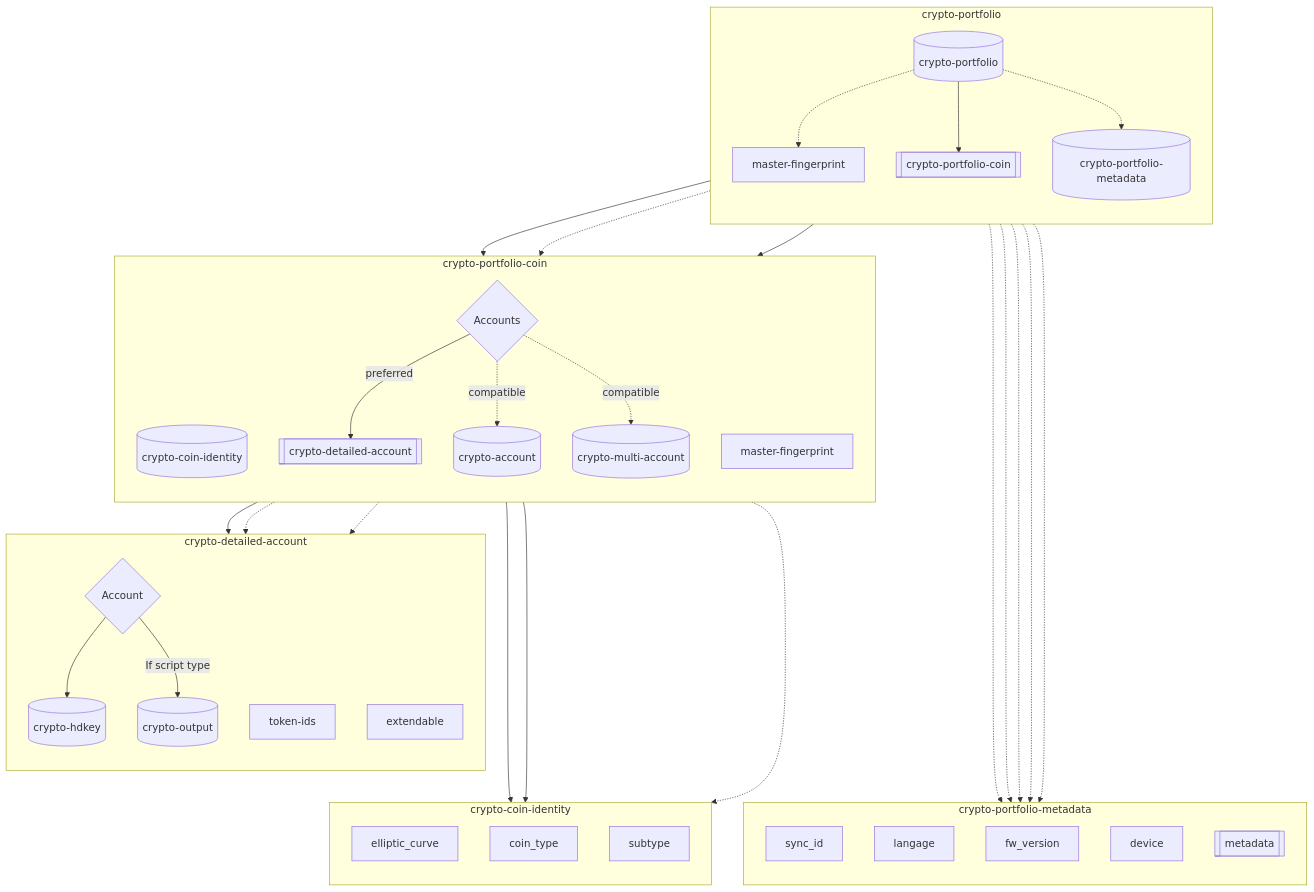
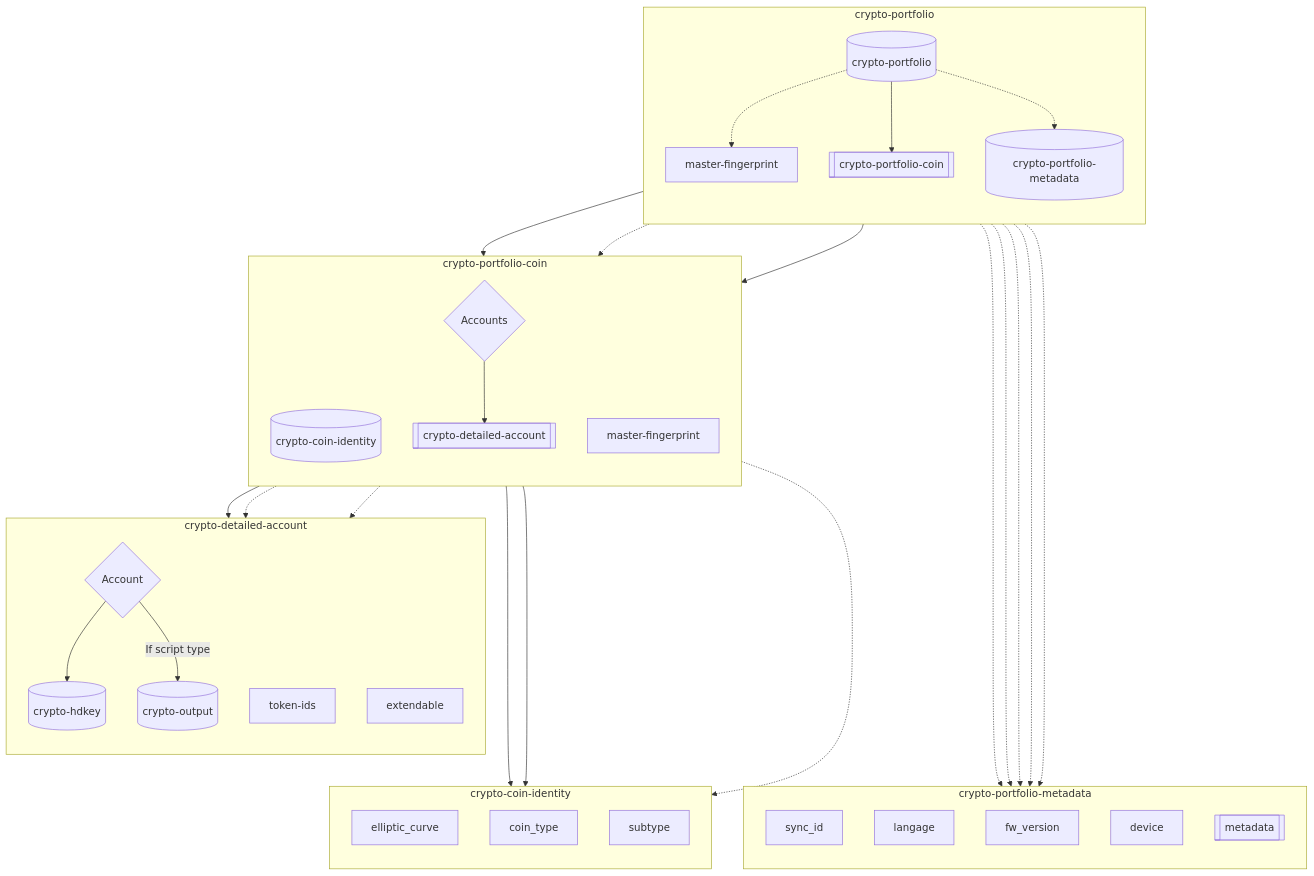
Before and after one commit to ngraveio/Research: the fourth of 4 diagrams in papers/nbcr-2023-002-multi-layer-sync.md, drawn with Mermaid. The commit also changed other lines of this file, not shown here.

Commit message:
Sync: Use exclusively crypto-detailed-account in crypto-portfolio-coin

````diff
--- a/papers/nbcr-2023-002-multi-layer-sync.md
+++ b/papers/nbcr-2023-002-multi-layer-sync.md
@@ -445,50 +445,48 @@
 ```mermaid
 flowchart TB
 	%% crypto-sync breakdown
 	Sync[(crypto-portfolio)]
 	subgraph crypto-portfolio
   direction TB
 	Sync -.-> MF1[master-fingerprint]
 	Sync --> Coins[[crypto-portfolio-coin]]
 	Sync -.-> Meta[(crypto-portfolio-metadata)]
 	end
 
 	%% crypto-portfolio-metadata breakdown
 	subgraph crypto-portfolio-metadata
   direction TB
 	Meta -...-> sync_id
 	Meta -...-> langage
 	Meta -...-> fw_version
 	Meta -...-> device
   Meta -...-> metadata[[metadata]]
 	end
 
 	%% crypto-portfolio-coin breakdown
 	subgraph crypto-portfolio-coin
   direction TB
 	Coins --> ID[(crypto-coin-identity)]
   Coins -.-> MF2[master-fingerprint]
   Coins --> accs{Accounts}
-	accs --> |preferred| DetAcc[[crypto-detailed-account]]
-  accs -.-> |compatible| Acc[(crypto-account)]
-  accs -.-> |compatible| multi[(crypto-multi-account)]
+	accs --> DetAcc[[crypto-detailed-account]]
   end
 
   %% crypto-detailed-account breakdown
   subgraph crypto-detailed-account
   direction TB
   DetAcc --> key{Account}
 	key --> HD[(crypto-hdkey)]
 	key --> |If script type| Out[(crypto-output)]
 	DetAcc -.-> token-ids
   DetAcc -.-> extendable
 	end
 
 	%% crypto-coin-identity breakdown
 	subgraph crypto-coin-identity
   direction TB
 	ID ---> elliptic_curve
 	ID ---> coin_type
 	ID -..-> subtype
 	end
 ```
````
